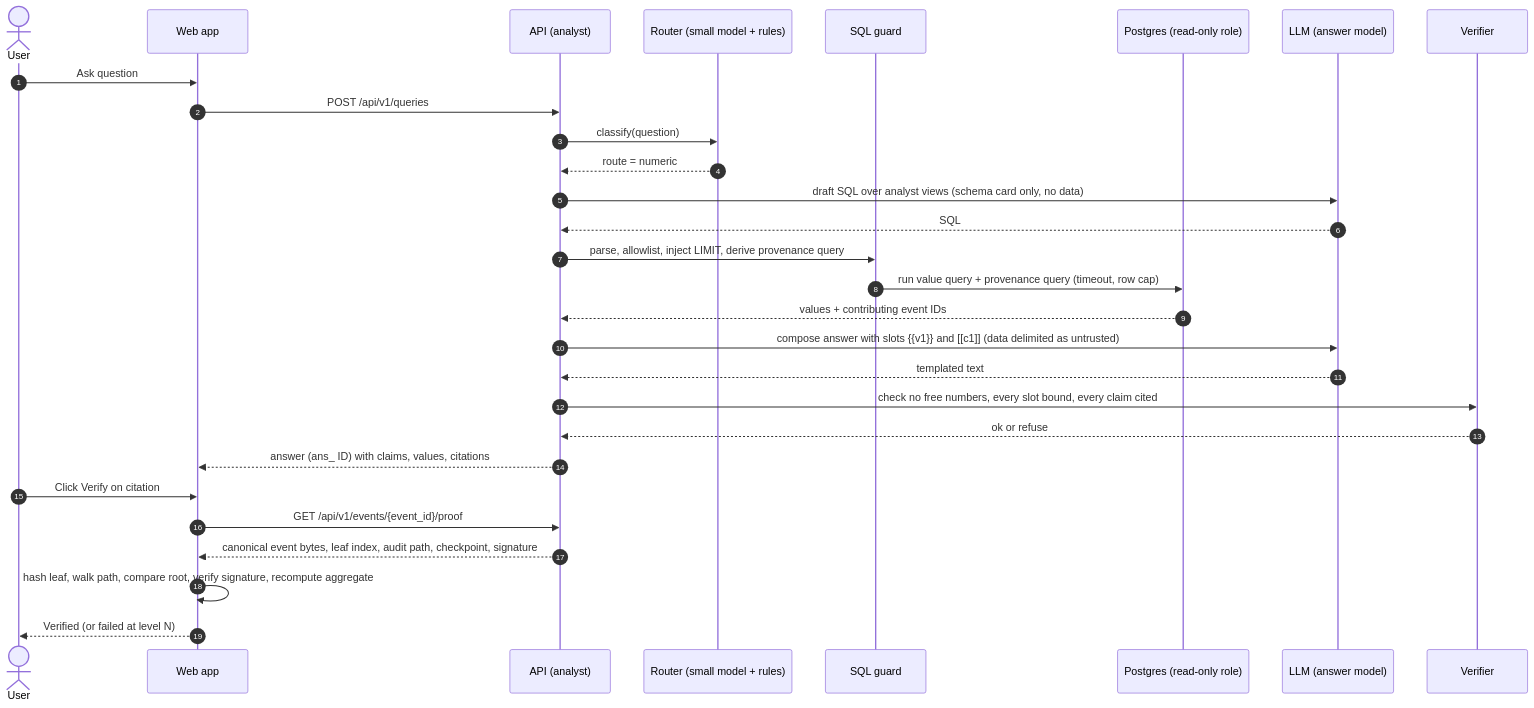
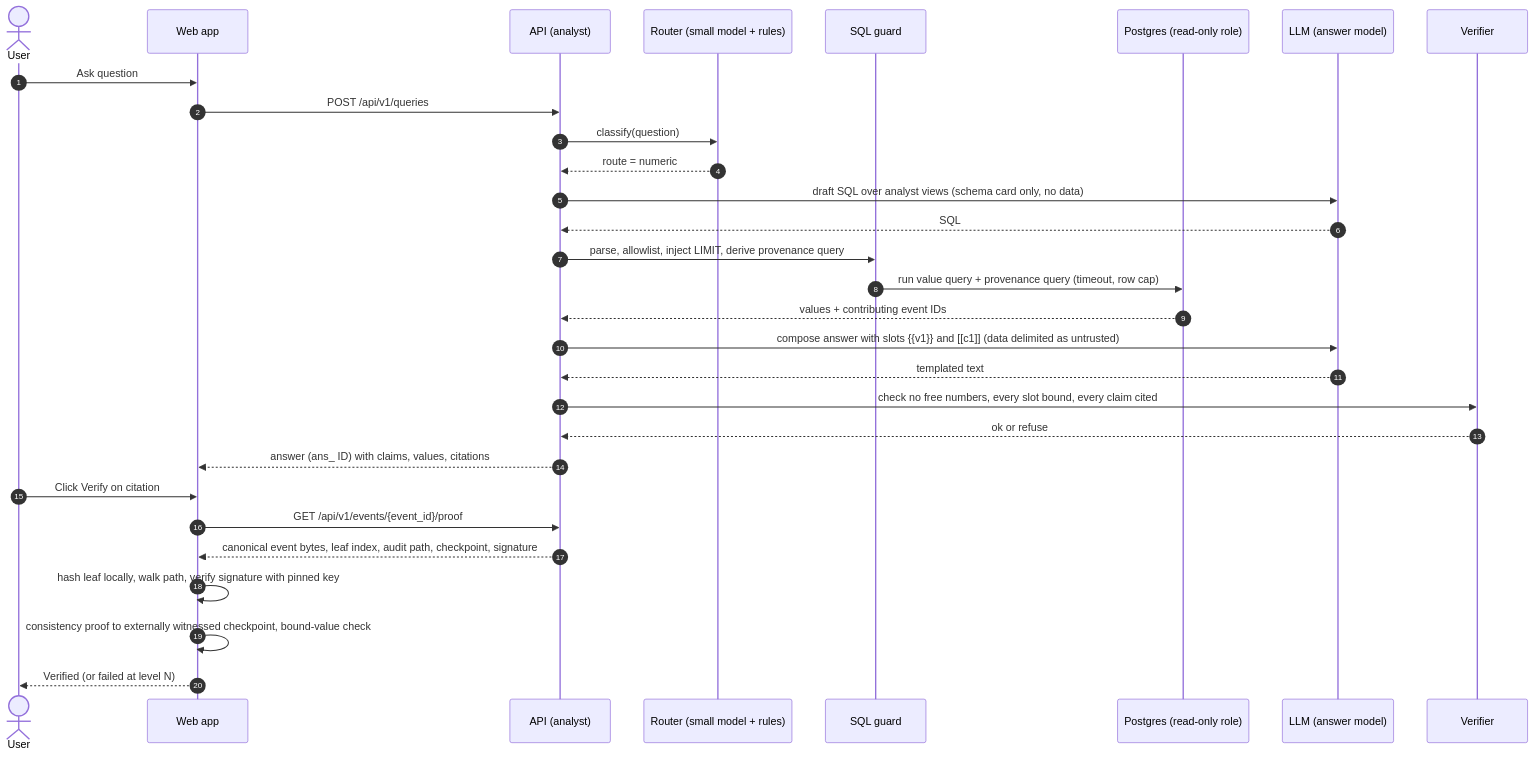
One commit to raunak-choudhary/tallyproof changed the third of 3 diagrams in docs/07-architecture.md. Above: the diagram before and after it, drawn with Mermaid. The commit also changed other lines of this file and 4 other files, not shown here.

````diff
--- a/docs/07-architecture.md
+++ b/docs/07-architecture.md
@@ -91,31 +91,32 @@
 ```mermaid
 sequenceDiagram
 autonumber
 actor U as User
 participant W as Web app
 participant A as API (analyst)
 participant R as Router (small model + rules)
 participant G as SQL guard
 participant DB as Postgres (read-only role)
 participant L as LLM (answer model)
 participant V as Verifier
 U->>W: Ask question
 W->>A: POST /api/v1/queries
 A->>R: classify(question)
 R-->>A: route = numeric
 A->>L: draft SQL over analyst views (schema card only, no data)
 L-->>A: SQL
 A->>G: parse, allowlist, inject LIMIT, derive provenance query
 G->>DB: run value query + provenance query (timeout, row cap)
 DB-->>A: values + contributing event IDs
 A->>L: compose answer with slots {{v1}} and [[c1]] (data delimited as untrusted)
 L-->>A: templated text
 A->>V: check no free numbers, every slot bound, every claim cited
 V-->>A: ok or refuse
 A-->>W: answer (ans_ ID) with claims, values, citations
 U->>W: Click Verify on citation
 W->>A: GET /api/v1/events/{event_id}/proof
 A-->>W: canonical event bytes, leaf index, audit path, checkpoint, signature
-W->>W: hash leaf, walk path, compare root, verify signature, recompute aggregate
+W->>W: hash leaf locally, walk path, verify signature with pinned key
+    W->>W: consistency proof to externally witnessed checkpoint, bound-value check
 W-->>U: Verified (or failed at level N)
 ```
````
